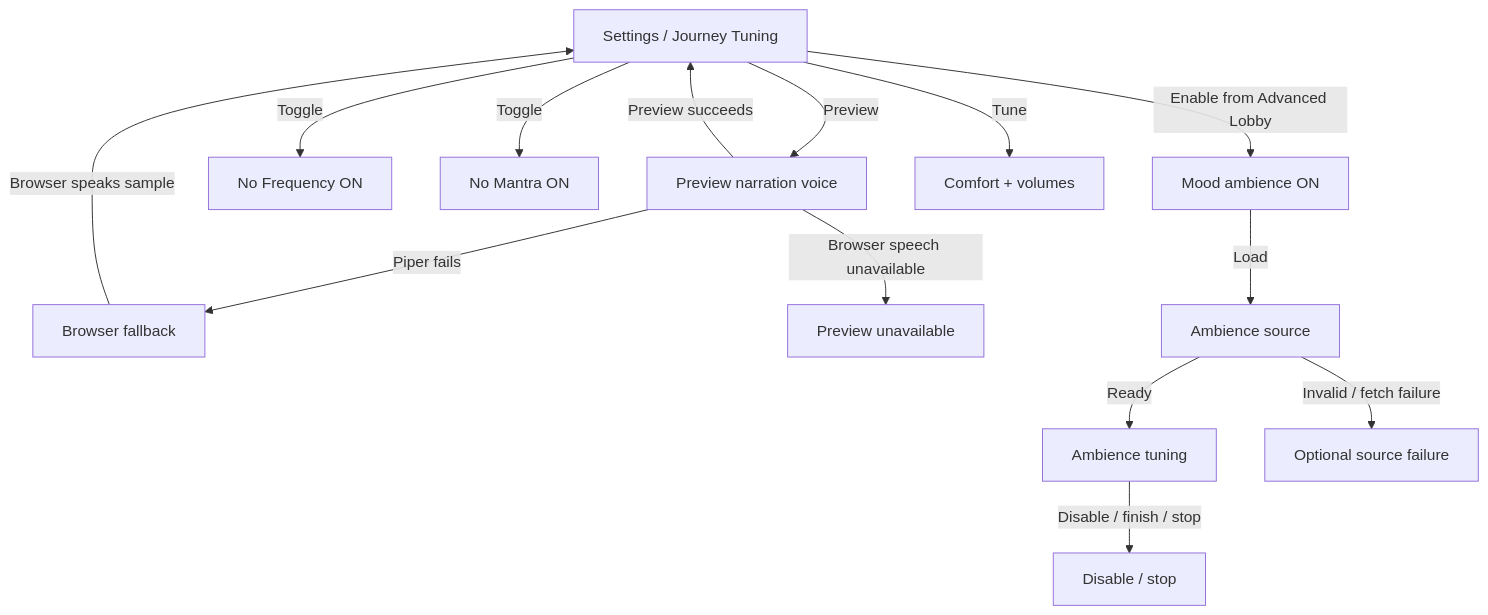
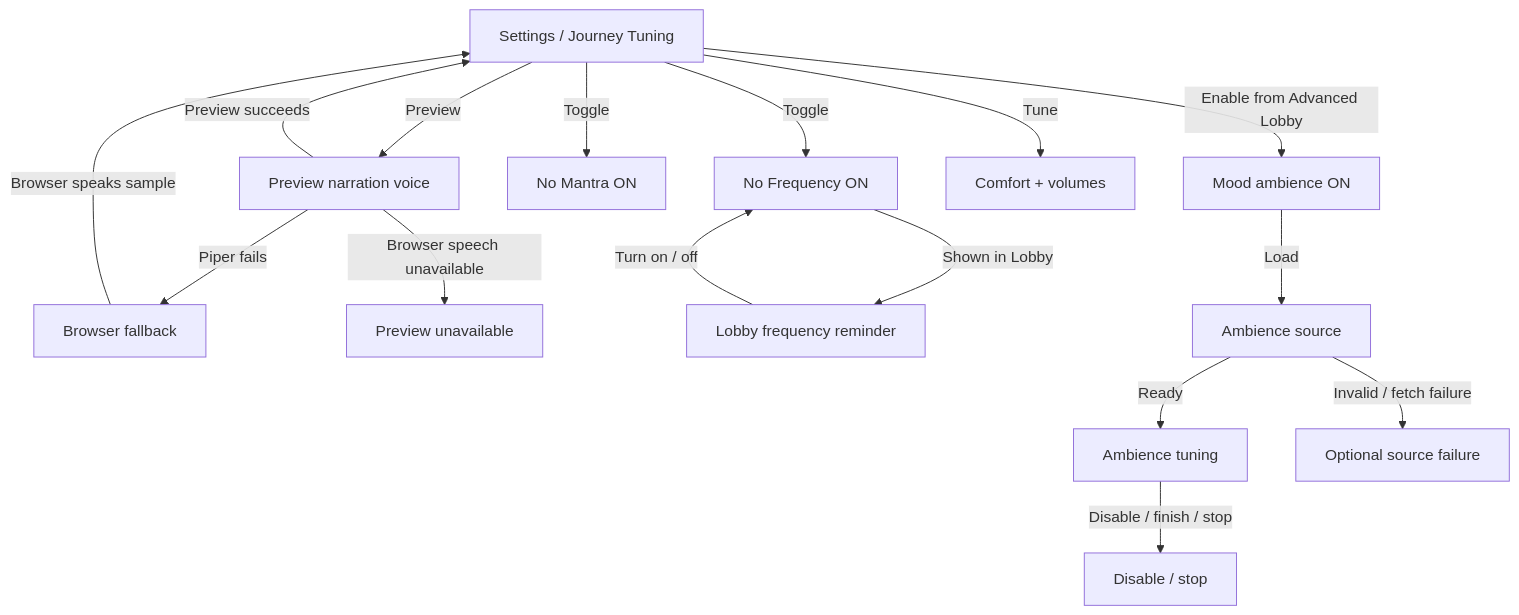
Diagram 31 of 51 in docs/app-map/FLOW-REFERENCE.md (missionode/lite), drawn with Mermaid before and after one commit. The commit also changed other lines of this file and 80 other files, not shown here.

First line of the commit message:
feat(lobby): frequency reminder above Begin

````diff
--- a/docs/app-map/FLOW-REFERENCE.md
+++ b/docs/app-map/FLOW-REFERENCE.md
@@ -1585,28 +1585,31 @@
 ```mermaid
 flowchart TD
   mixer["Settings / Journey Tuning"]
   voicepreview["Preview narration voice"]
   browserfallback["Browser fallback"]
   previewerror["Preview unavailable"]
   nofreq["No Frequency ON"]
+  freqreminder["Lobby frequency reminder"]
   nomantra["No Mantra ON"]
   ambient["Mood ambience ON"]
   source["Ambience source"]
   tune["Ambience tuning"]
   fail["Optional source failure"]
   off["Disable / stop"]
   comfort["Comfort + volumes"]
   mixer -->|"Preview"| voicepreview
   voicepreview -->|"Preview succeeds"| mixer
   voicepreview -->|"Piper fails"| browserfallback
   browserfallback -->|"Browser speaks sample"| mixer
   voicepreview -->|"Browser speech unavailable"| previewerror
   mixer -->|"Toggle"| nofreq
+  nofreq -->|"Shown in Lobby"| freqreminder
+  freqreminder -->|"Turn on / off"| nofreq
   mixer -->|"Toggle"| nomantra
   mixer -->|"Enable from Advanced Lobby"| ambient
   ambient -->|"Load"| source
   source -->|"Ready"| tune
   source -->|"Invalid / fetch failure"| fail
   tune -->|"Disable / finish / stop"| off
   mixer -->|"Tune"| comfort
 ```
````
